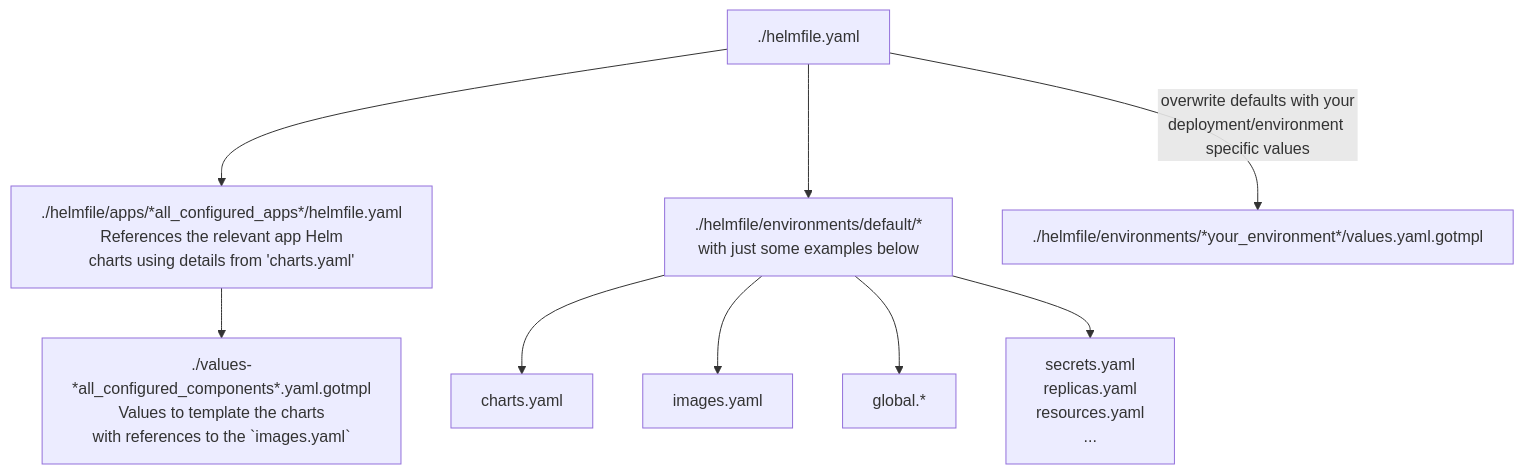
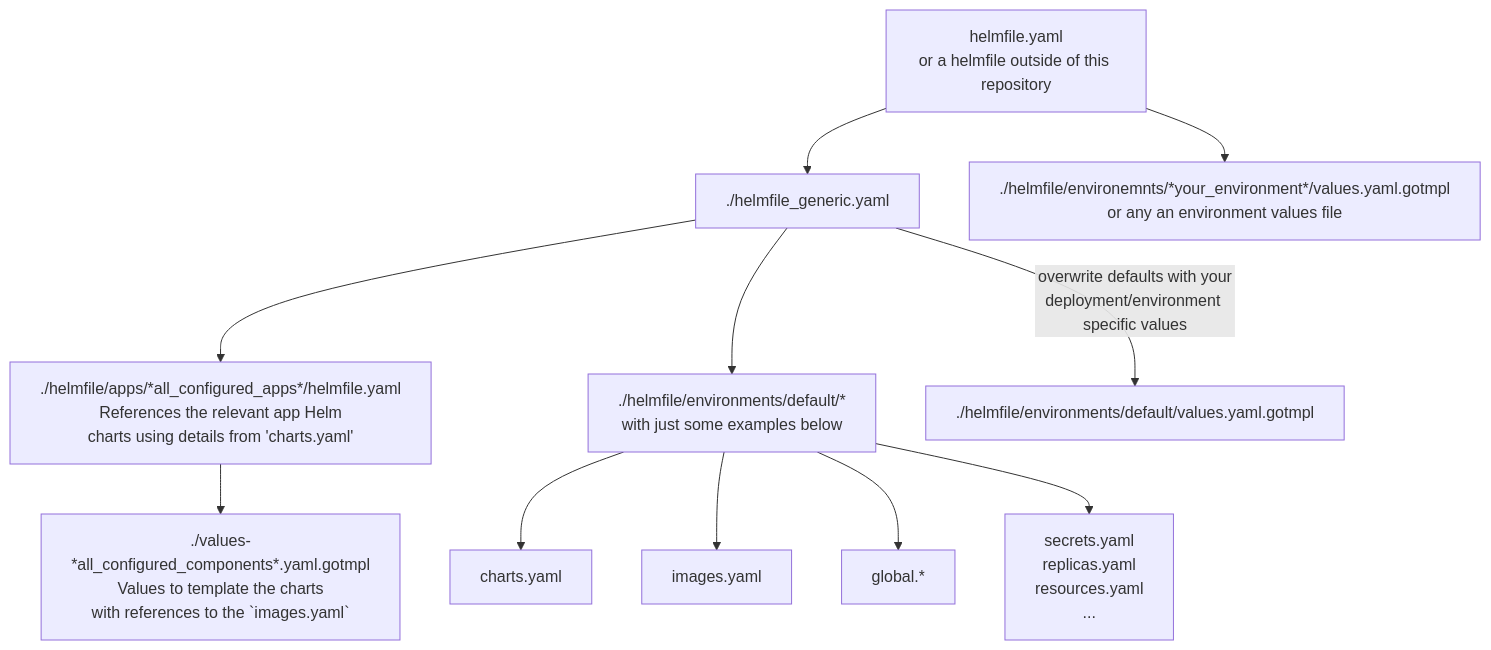
One commit to tobias-weiss-ai-xr/opendesk-edu changed the diagram in docs/development.md. Above: the diagram before and after it, drawn with Mermaid. The commit also changed other lines of this file and 32 other files, not shown here.

````diff
--- a/docs/development.md
+++ b/docs/development.md
@@ -28,11 +28,13 @@
 ```mermaid
 flowchart TD
-    A[./helmfile.yaml]-->B[./helmfile/apps/*all_configured_apps*/helmfile.yaml\nReferences the relevant app Helm\ncharts using details from 'charts.yaml']
+    J[helmfile.yaml\nor a helmfile outside of this repository]-->A
+    J-->K[./helmfile/environemnts/*your_environment*/values.yaml.gotmpl\nor any an environment values file]
+    A[./helmfile_generic.yaml]-->B[./helmfile/apps/*all_configured_apps*/helmfile.yaml\nReferences the relevant app Helm\ncharts using details from 'charts.yaml']
     B-->C[./values-*all_configured_components*.yaml.gotmpl\nValues to template the charts\nwith references to the `images.yaml`]
     A-->D[./helmfile/environments/default/*\nwith just some examples below]
     D-->F[charts.yaml]
     D-->G[images.yaml]
     D-->H[global.*]
     D-->I[secrets.yaml\nreplicas.yaml\nresources.yaml\n...]
-    A-->|overwrite defaults with your\ndeployment/environment specific values|E[./helmfile/environments/*your_environment*/values.yaml.gotmpl]
+    A-->|overwrite defaults with your\ndeployment/environment specific values|E[./helmfile/environments/default/values.yaml.gotmpl]
 ```
````
